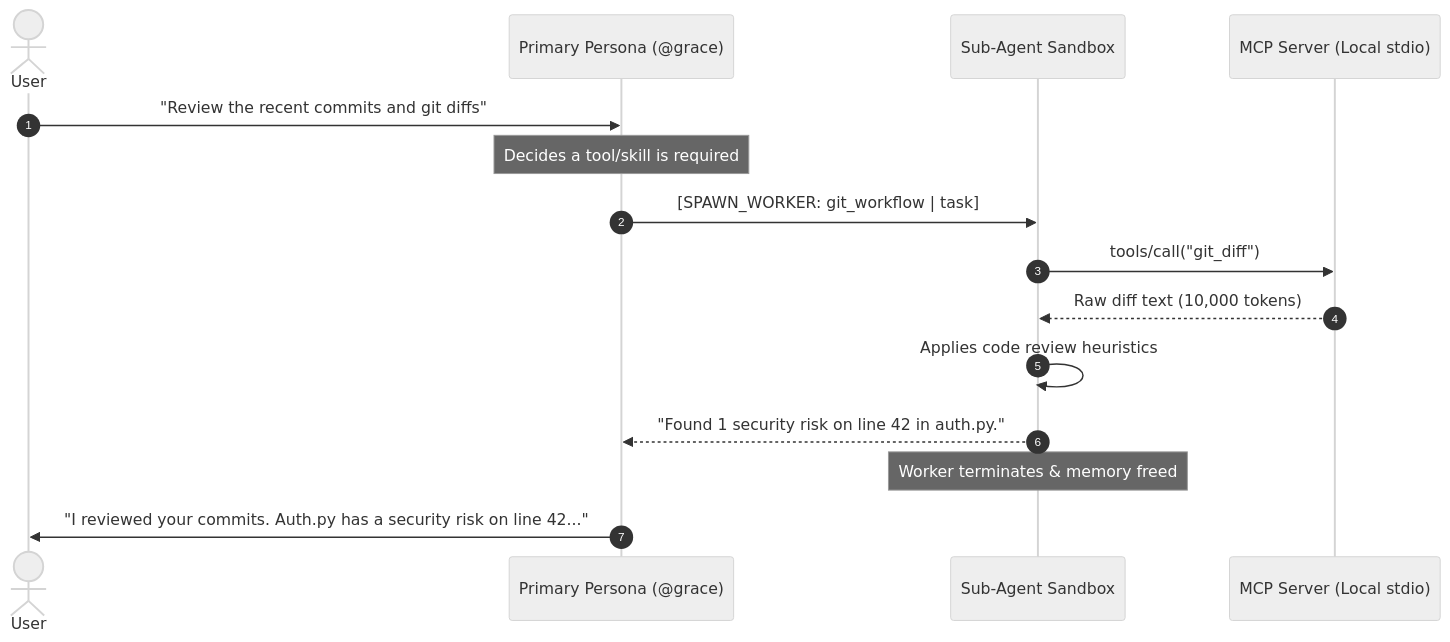
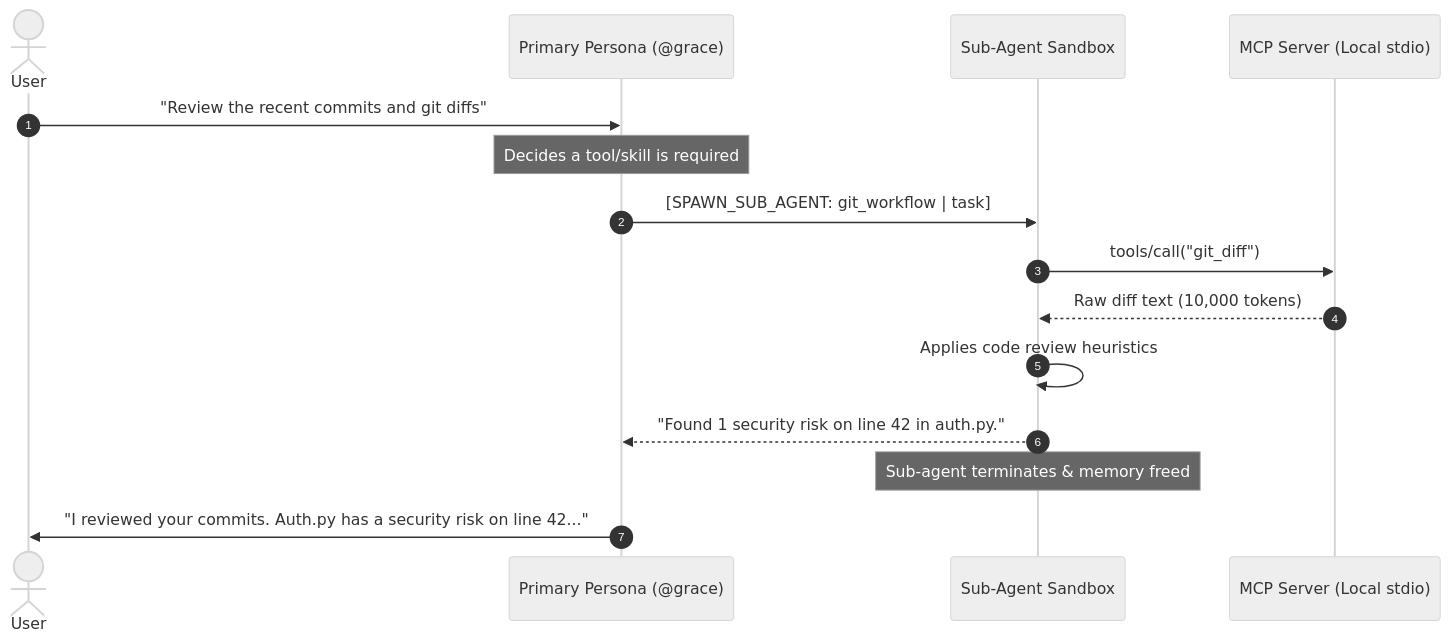
One commit to studiodamiro/sympose changed the diagram in docs/wiki/architecture/mcp-and-sub-agents.md. Above: the diagram before and after it, drawn with Mermaid (neutral theme). The commit also changed other lines of this file and 17 other files, not shown here.

````diff
--- a/docs/wiki/architecture/mcp-and-sub-agents.md
+++ b/docs/wiki/architecture/mcp-and-sub-agents.md
@@ -30,18 +30,18 @@
 ```mermaid
 sequenceDiagram
     autonumber
     actor User
     participant Grace as Primary Persona (@grace)
-    participant Worker as Sub-Agent Sandbox
+    participant SubAgent as Sub-Agent Sandbox
     participant MCP as MCP Server (Local stdio)
 
     User->>Grace: "Review the recent commits and git diffs"
     Note over Grace: Decides a tool/skill is required
-    Grace->>Worker: [SPAWN_WORKER: git_workflow | task]
-    Worker->>MCP: tools/call("git_diff")
-    MCP-->>Worker: Raw diff text (10,000 tokens)
-    Worker->>Worker: Applies code review heuristics
-    Worker-->>Grace: "Found 1 security risk on line 42 in auth.py."
-    Note over Worker: Worker terminates & memory freed
+    Grace->>SubAgent: [SPAWN_SUB_AGENT: git_workflow | task]
+    SubAgent->>MCP: tools/call("git_diff")
+    MCP-->>SubAgent: Raw diff text (10,000 tokens)
+    SubAgent->>SubAgent: Applies code review heuristics
+    SubAgent-->>Grace: "Found 1 security risk on line 42 in auth.py."
+    Note over SubAgent: Sub-agent terminates & memory freed
     Grace->>User: "I reviewed your commits. Auth.py has a security risk on line 42..."
 ```
````
